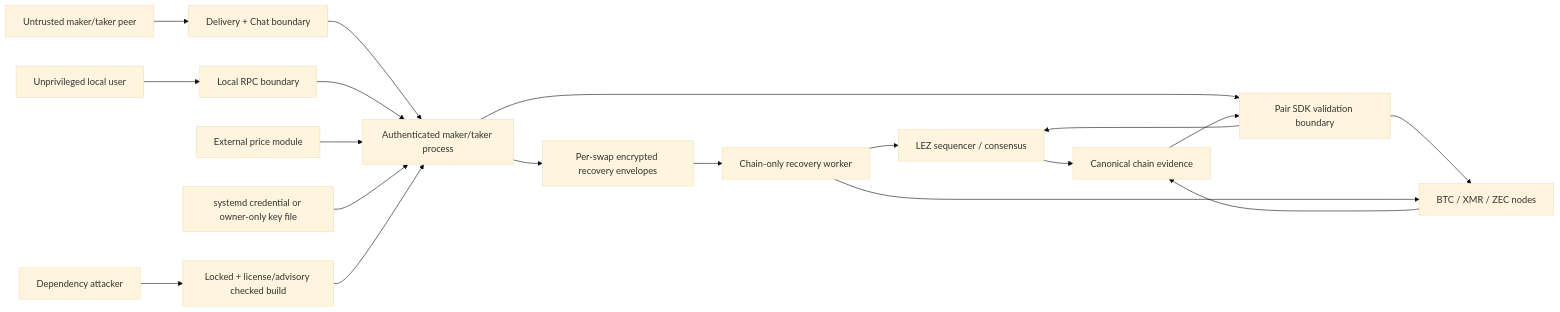
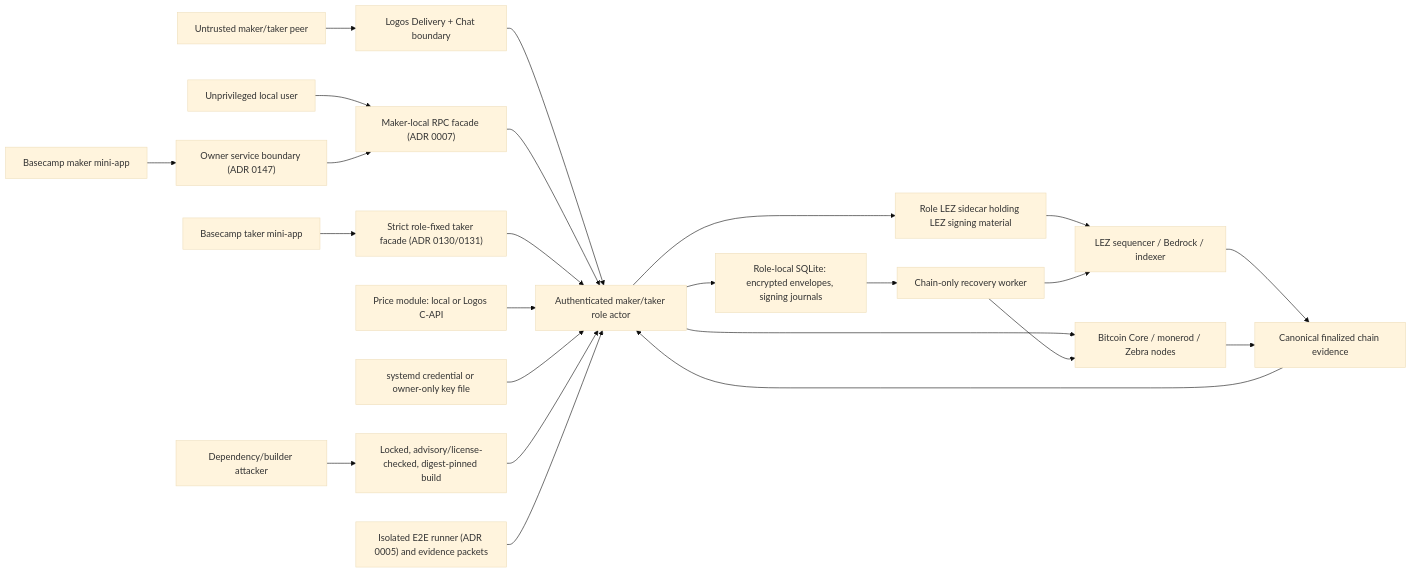
Before and after one commit to gateway-fm/lez-atomic-swaps: the diagram in docs/milestone-1/threat-model.md, drawn with Mermaid (base theme). The commit also changed other lines of this file and 1 other file, not shown here.

First line of the commit message:
docs(m1): re-baseline the threat model on the m3-plus architecture

````diff
--- a/docs/milestone-1/threat-model.md
+++ b/docs/milestone-1/threat-model.md
@@ -6,21 +18,26 @@
 ```mermaid
 flowchart LR
-    Counterparty["Untrusted maker/taker peer"] --> Discovery["Delivery + Chat boundary"]
-    Discovery --> Daemon["Authenticated maker/taker process"]
-    Local["Unprivileged local user"] --> RPC["Local RPC boundary"]
-    RPC --> Daemon
-    Feed["External price module"] --> Daemon
-    Credential["systemd credential or owner-only key file"] --> Daemon
-    Daemon --> State["Per-swap encrypted recovery envelopes"]
-    Daemon --> SDK["Pair SDK validation boundary"]
-    SDK --> LEZ["LEZ sequencer / consensus"]
-    SDK --> Foreign["BTC / XMR / ZEC nodes"]
-    Supply["Dependency attacker"] --> Build["Locked + license/advisory checked build"]
-    Build --> Daemon
-    LEZ --> Evidence["Canonical chain evidence"]
+    Peer["Untrusted maker/taker peer"] --> Delivery["Logos Delivery + Chat boundary"]
+    Delivery --> Actor["Authenticated maker/taker role actor"]
+    Local["Unprivileged local user"] --> RPC["Maker-local RPC facade (ADR 0007)"]
+    RPC --> Actor
+    MiniM["Basecamp maker mini-app"] --> OwnerSvc["Owner service boundary (ADR 0147)"]
+    OwnerSvc --> RPC
+    MiniT["Basecamp taker mini-app"] --> TakerFacade["Strict role-fixed taker facade (ADR 0130/0131)"]
+    TakerFacade --> Actor
+    Feed["Price module: local or Logos C-API"] --> Actor
+    Cred["systemd credential or owner-only key file"] --> Actor
+    Actor --> Store["Role-local SQLite: encrypted envelopes, signing journals"]
+    Actor --> Sidecar["Role LEZ sidecar holding LEZ signing material"]
+    Sidecar --> Lez["LEZ sequencer / Bedrock / indexer"]
+    Actor --> Foreign["Bitcoin Core / monerod / Zebra nodes"]
+    Lez --> Evidence["Canonical finalized chain evidence"]
     Foreign --> Evidence
-    Evidence --> SDK
-    State --> Recovery["Chain-only recovery worker"]
-    Recovery --> LEZ
+    Evidence --> Actor
+    Store --> Recovery["Chain-only recovery worker"]
+    Recovery --> Lez
     Recovery --> Foreign
+    Supply["Dependency/builder attacker"] --> Build["Locked, advisory/license-checked, digest-pinned build"]
+    Build --> Actor
+    Runner["Isolated E2E runner (ADR 0005) and evidence packets"] --> Actor
 ```
````
